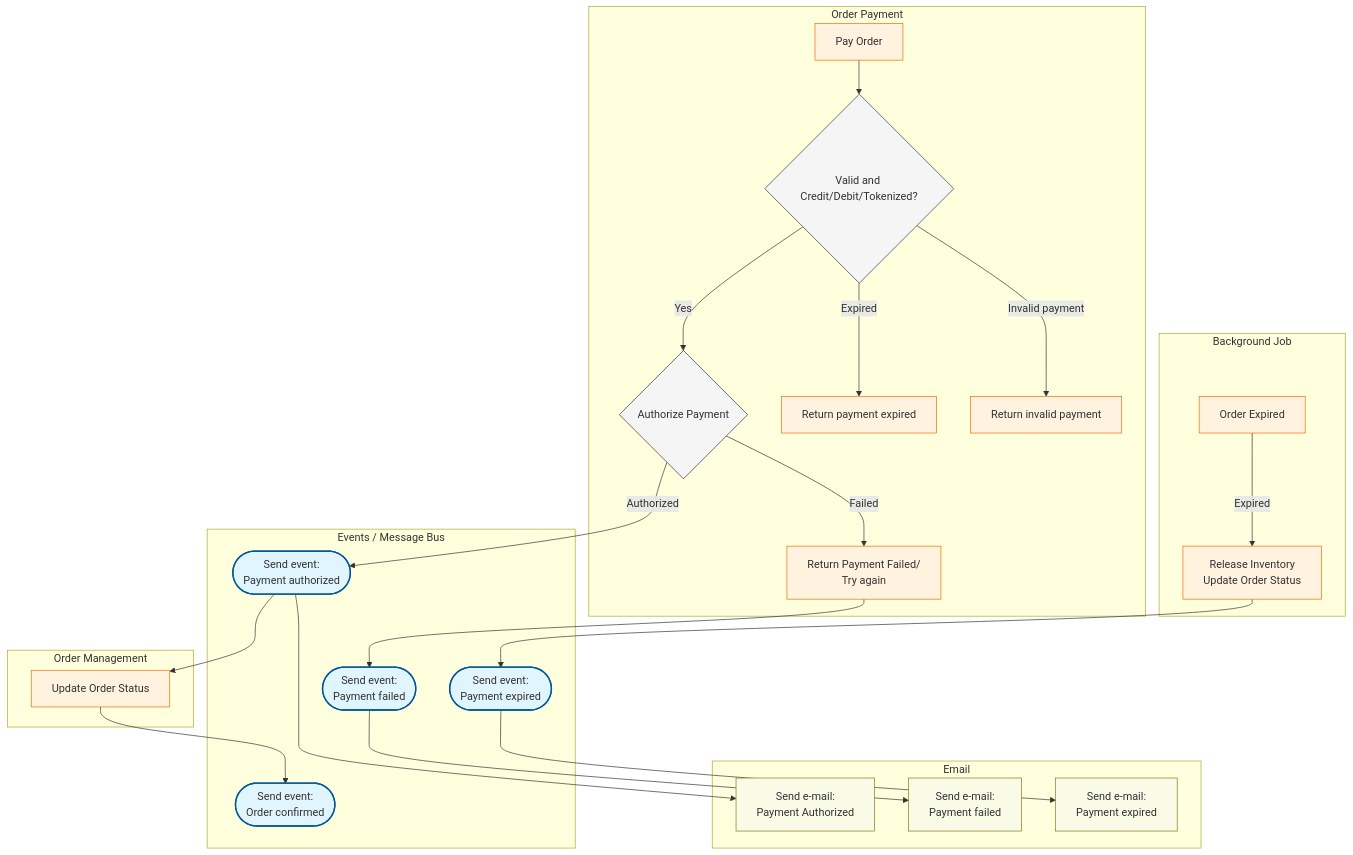
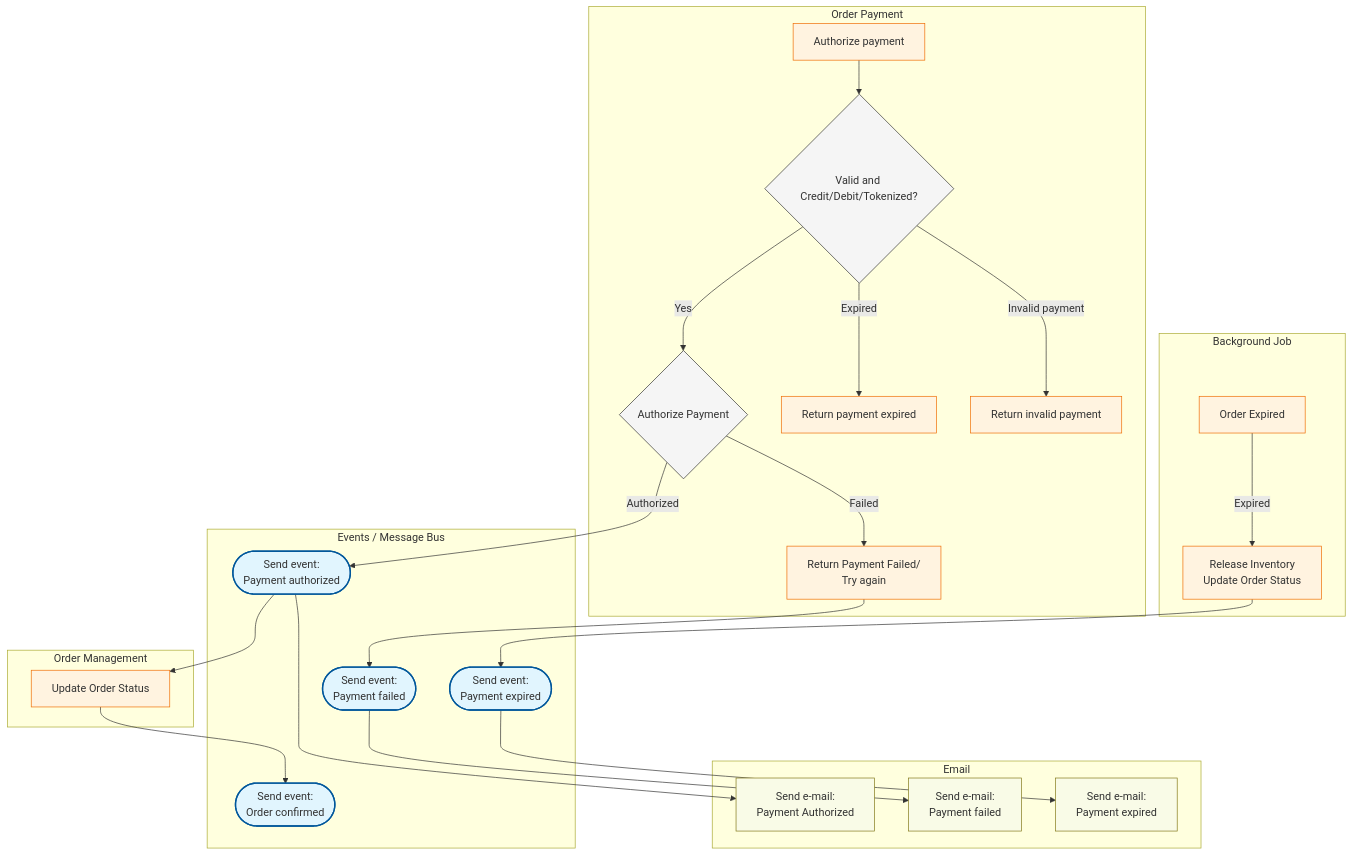
Before and after one commit to RobertoFreireDev/Order-Management: the second of 4 diagrams in README.md, drawn with Mermaid. The commit also changed other lines of this file and 1 other file, not shown here.

````diff
--- a/README.md
+++ b/README.md
@@ -61,56 +71,56 @@
 ```mermaid
 flowchart TD
     %% Subgraph Styling
     classDef event fill:#e1f5fe,stroke:#01579b,stroke-width:2px;
     classDef logic fill:#f5f5f5,stroke:#333,stroke-width:1px;
     classDef order fill:#fff3e0,stroke:#ef6c00,stroke-width:1px;
     classDef note fill:#f9fbe7,stroke:#827717,stroke-width:1px;
 
     subgraph Order_Payment [Order Payment]
-        A1[Pay Order] --> B{Valid and Credit/Debit/Tokenized?}
+        A1[Authorize payment] --> B{Valid and Credit/Debit/Tokenized?}
         B --> |"Yes"| E
         B --> |"Expired"| C[Return payment expired]
         B --> |"Invalid payment"| C1[Return invalid payment]
         E{Authorize Payment}
         E -->|Failed| G1[Return Payment Failed/<br/>Try again]
     end
 
     subgraph Order_Creation [Order Management]
         G[Update Order Status]
     end
 
     subgraph Order_Payment_Background_Job [Background Job]
         A2[Order Expired] --> |Expired| F[Release Inventory<br/>Update Order Status]
     end
 
     subgraph Events [Events / Message Bus]
         H([Send event:<br/>Payment authorized])
         H1([Send event:<br/>Payment failed])
         H2([Send event:<br/>Payment expired])
         H3([Send event:<br/>Order confirmed])
     end
 
     subgraph Email [Email]
         I[Send e-mail: <br/>Payment Authorized]
         I1[Send e-mail: <br/>Payment failed]
         I2[Send e-mail: <br/>Payment expired]
     end
 
     %% Logic to Events
     F --> H2
     G1 --> H1
     
     %% Event Distribution
     E -->|Authorized| H
     H --> I
     H --> G
     G --> H3
     H1 --> I1
     H2 --> I2
 
     %% Class Assignments
     class H,H1,H2,H3 event;
     class E,B logic;
     class A1,C,C1,G,G1,A2,F order;
     class I,I1,I2 note;
 ```
````
